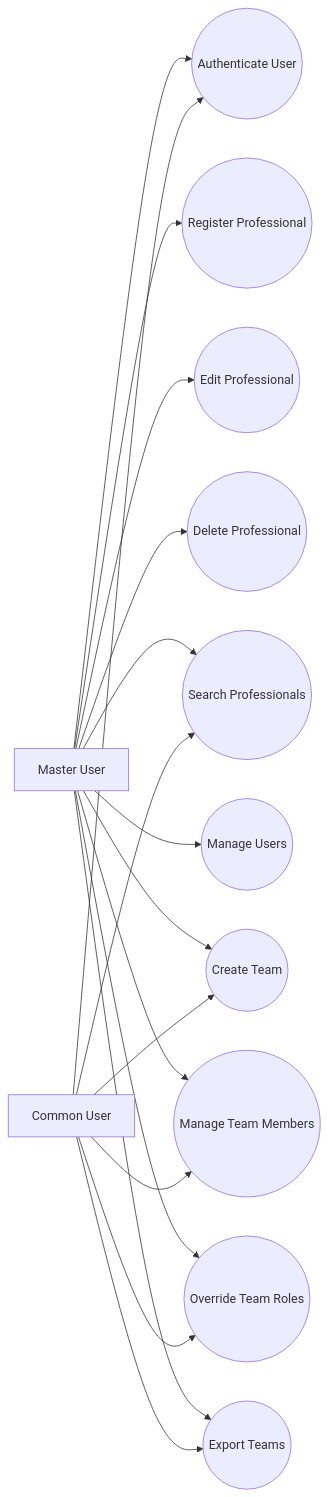
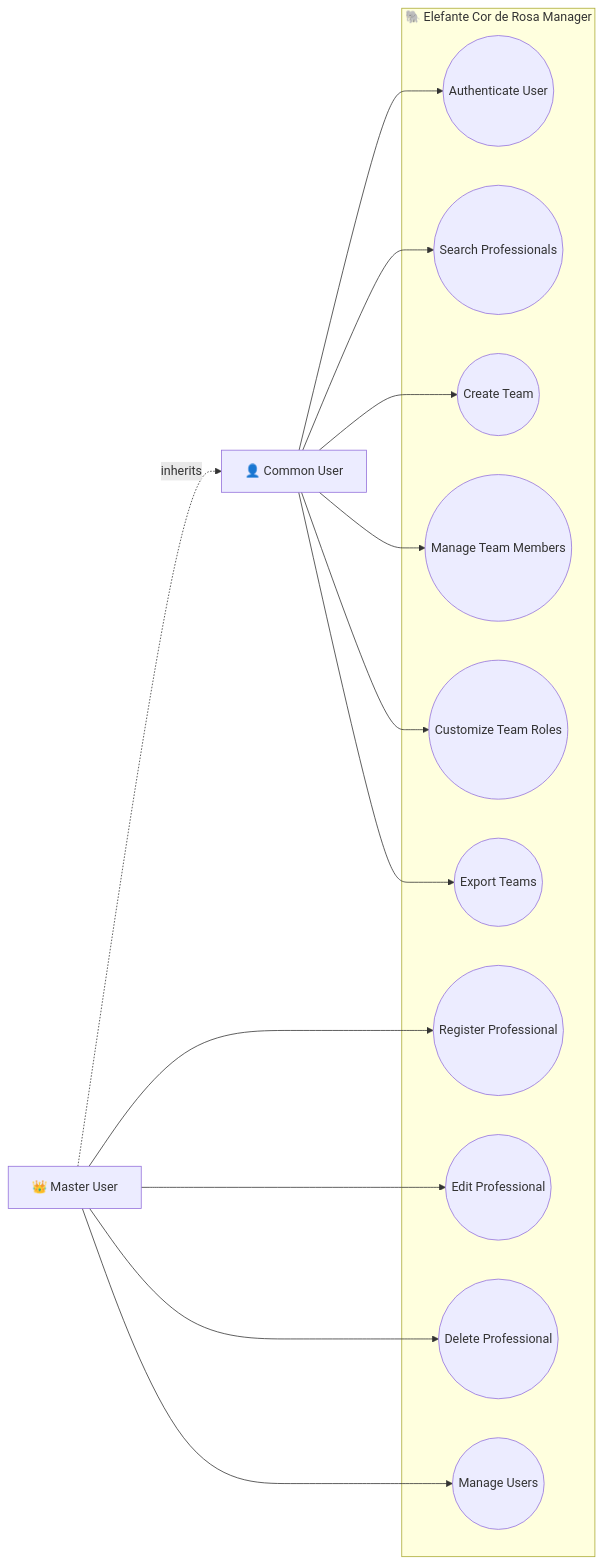
The diagram in docs/uml/use-case-diagram.md (biancabsouza23/guerrilha-manager), drawn with Mermaid before and after one commit.

Commit message:
docs(uml): improve use case diagram #19

````diff
--- a/docs/uml/use-case-diagram.md
+++ b/docs/uml/use-case-diagram.md
@@ -3,35 +3,45 @@
 ```mermaid
 graph LR
 
-MasterUser[Master User]
-CommonUser[Common User]
+%% Actors
+CommonUser["👤 Common User"]
+MasterUser["👑 Master User"]
 
-Authenticate((Authenticate User))
-RegisterProfessional((Register Professional))
-EditProfessional((Edit Professional))
-DeleteProfessional((Delete Professional))
-SearchProfessional((Search Professionals))
-CreateTeam((Create Team))
-ManageTeam((Manage Team Members))
-OverrideRoles((Override Team Roles))
-ExportTeams((Export Teams))
-ManageUsers((Manage Users))
+%% Inheritance
+MasterUser -. inherits .-> CommonUser
 
-MasterUser --> Authenticate
-MasterUser --> RegisterProfessional
-MasterUser --> EditProfessional
-MasterUser --> DeleteProfessional
-MasterUser --> SearchProfessional
-MasterUser --> ManageUsers
-MasterUser --> CreateTeam
-MasterUser --> ManageTeam
-MasterUser --> OverrideRoles
-MasterUser --> ExportTeams
+%% System Boundary
+subgraph System["🐘 Elefante Cor de Rosa Manager"]
 
+Authenticate(("Authenticate User"))
+
+SearchProfessional(("Search Professionals"))
+
+RegisterProfessional(("Register Professional"))
+EditProfessional(("Edit Professional"))
+DeleteProfessional(("Delete Professional"))
+
+CreateTeam(("Create Team"))
+ManageTeam(("Manage Team Members"))
+CustomizeRoles(("Customize Team Roles"))
+
+ExportTeams(("Export Teams"))
+
+ManageUsers(("Manage Users"))
+
+end
+
+%% Common User Permissions
 CommonUser --> Authenticate
 CommonUser --> SearchProfessional
 CommonUser --> CreateTeam
 CommonUser --> ManageTeam
-CommonUser --> OverrideRoles
+CommonUser --> CustomizeRoles
 CommonUser --> ExportTeams
+
+%% Master User Exclusive Permissions
+MasterUser --> RegisterProfessional
+MasterUser --> EditProfessional
+MasterUser --> DeleteProfessional
+MasterUser --> ManageUsers
 ```
````
